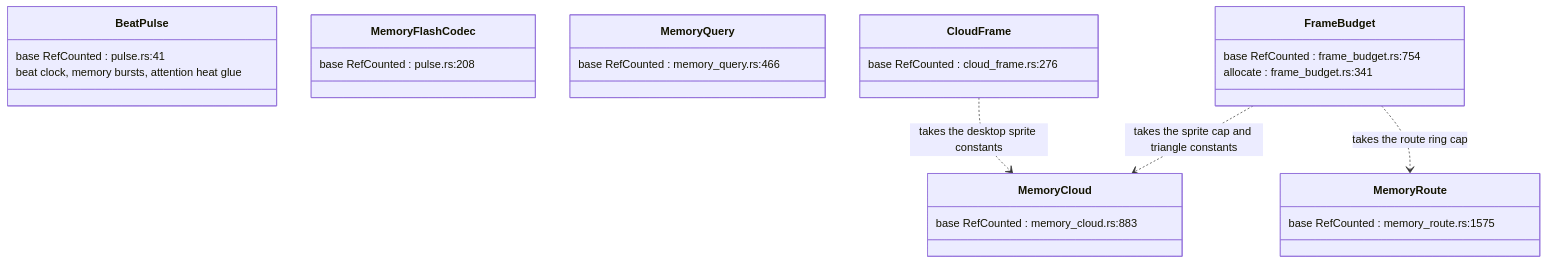
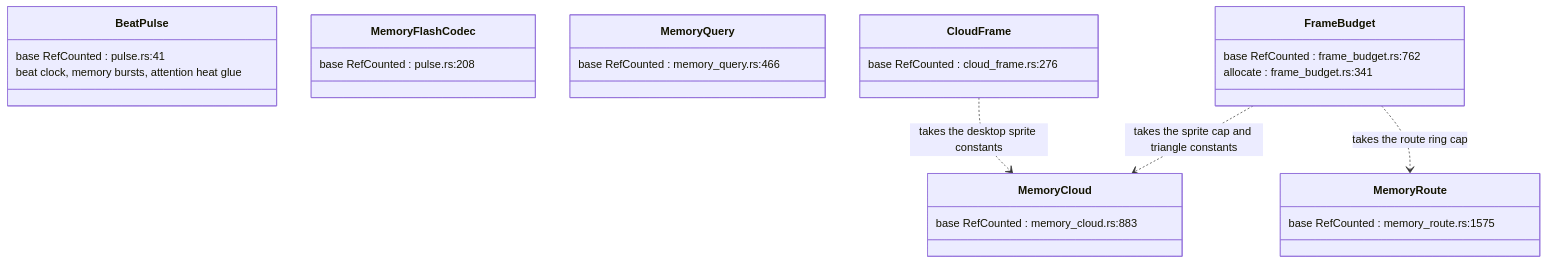
Diagram 26 of 30 in docs/diagrams/visionclaw/36-godot-xr-client.md (DreamLab-AI/VisionFlow), drawn with Mermaid before and after one commit. The commit also changed other lines of this file and 24 other files, not shown here.

Commit message:
docs: align XR liveness, filtering and rendering diagrams (#33)

````diff
--- a/docs/diagrams/visionclaw/36-godot-xr-client.md
+++ b/docs/diagrams/visionclaw/36-godot-xr-client.md
@@ -1322,29 +1337,29 @@
 ```mermaid
 classDiagram
     class BeatPulse {
         base RefCounted : pulse.rs:41
         beat clock, memory bursts, attention heat glue
     }
     class MemoryFlashCodec {
         base RefCounted : pulse.rs:208
     }
     class MemoryCloud {
         base RefCounted : memory_cloud.rs:883
     }
     class MemoryRoute {
         base RefCounted : memory_route.rs:1575
     }
     class MemoryQuery {
         base RefCounted : memory_query.rs:466
     }
     class CloudFrame {
         base RefCounted : cloud_frame.rs:276
     }
     class FrameBudget {
-        base RefCounted : frame_budget.rs:754
+        base RefCounted : frame_budget.rs:762
         allocate : frame_budget.rs:341
     }
     FrameBudget ..> MemoryCloud : takes the sprite cap and triangle constants
     FrameBudget ..> MemoryRoute : takes the route ring cap
     CloudFrame ..> MemoryCloud : takes the desktop sprite constants
 ```
````
